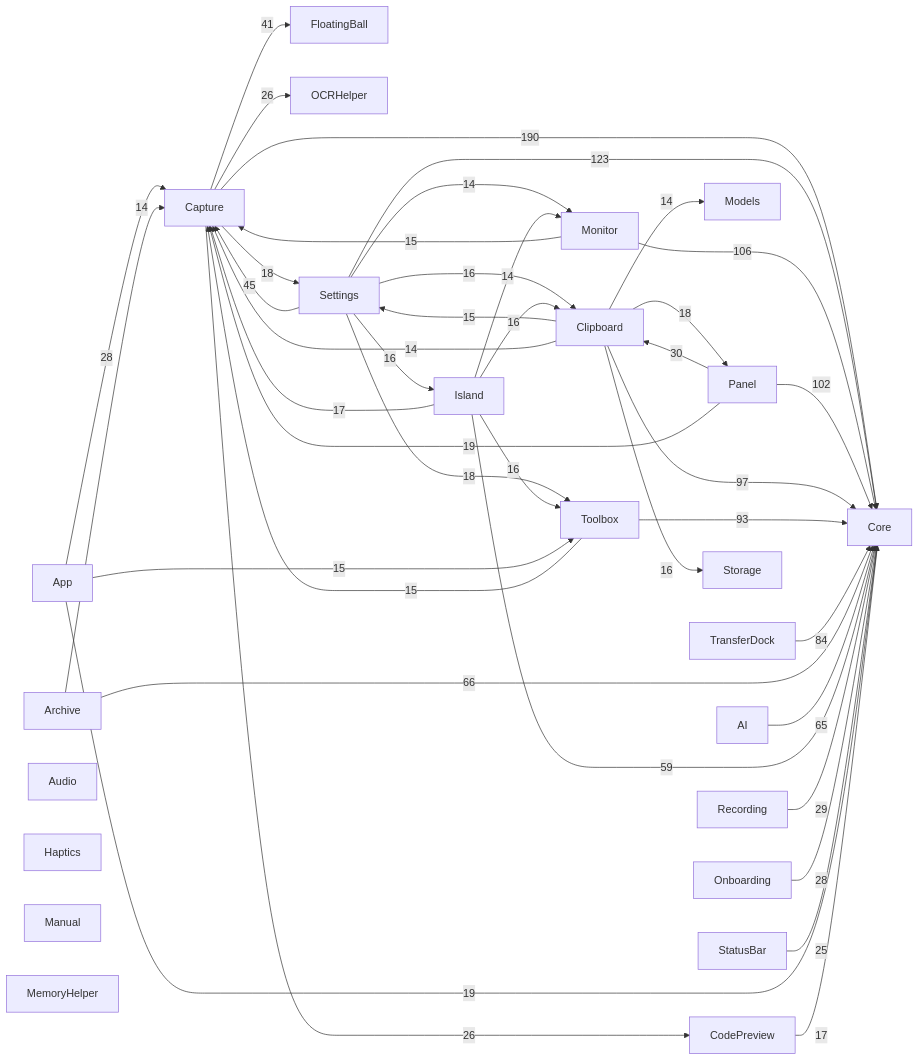
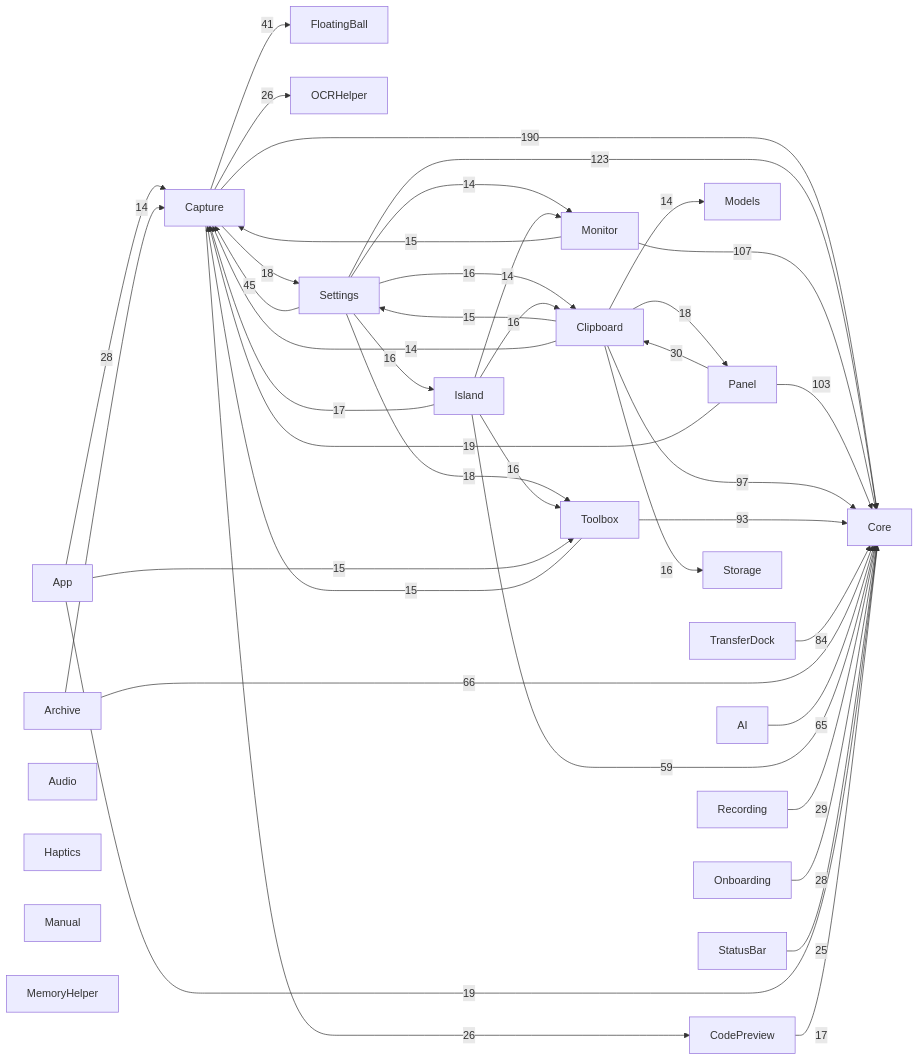
The diagram in docs/00-总览/模块依赖图.md (sxyq/Kitnest), drawn with Mermaid before and after one commit. The commit also changed other lines of this file and 17 other files, not shown here.

````diff
--- a/docs/00-总览/模块依赖图.md
+++ b/docs/00-总览/模块依赖图.md
@@ -38,67 +38,67 @@
 ```mermaid
 flowchart LR
   M0["AI"]
   M1["App"]
   M2["Archive"]
   M3["Audio"]
   M4["Capture"]
   M5["Clipboard"]
   M6["CodePreview"]
   M7["Core"]
   M8["FloatingBall"]
   M9["Haptics"]
   M10["Island"]
   M11["Manual"]
   M12["MemoryHelper"]
   M13["Models"]
   M14["Monitor"]
   M15["OCRHelper"]
   M16["Onboarding"]
   M17["Panel"]
   M18["Recording"]
   M19["Settings"]
   M20["StatusBar"]
   M21["Storage"]
   M22["Toolbox"]
   M23["TransferDock"]
   M4 -->|190| M7
   M19 -->|123| M7
-  M14 -->|106| M7
-  M17 -->|102| M7
+  M14 -->|107| M7
+  M17 -->|103| M7
   M5 -->|97| M7
   M22 -->|93| M7
   M23 -->|84| M7
   M2 -->|66| M7
   M0 -->|65| M7
   M10 -->|59| M7
   M19 -->|45| M4
   M4 -->|41| M8
   M17 -->|30| M5
   M18 -->|29| M7
   M1 -->|28| M4
   M16 -->|28| M7
   M4 -->|26| M15
   M4 -->|26| M6
   M20 -->|25| M7
   M1 -->|19| M7
   M17 -->|19| M4
   M19 -->|18| M22
   M4 -->|18| M19
   M5 -->|18| M17
   M6 -->|17| M7
   M10 -->|17| M4
   M19 -->|16| M5
   M19 -->|16| M10
   M10 -->|16| M22
   M10 -->|16| M5
   M5 -->|16| M21
   M1 -->|15| M22
   M14 -->|15| M4
   M22 -->|15| M4
   M5 -->|15| M19
   M19 -->|14| M14
   M2 -->|14| M4
   M10 -->|14| M14
   M5 -->|14| M4
   M5 -->|14| M13
 ```
````
